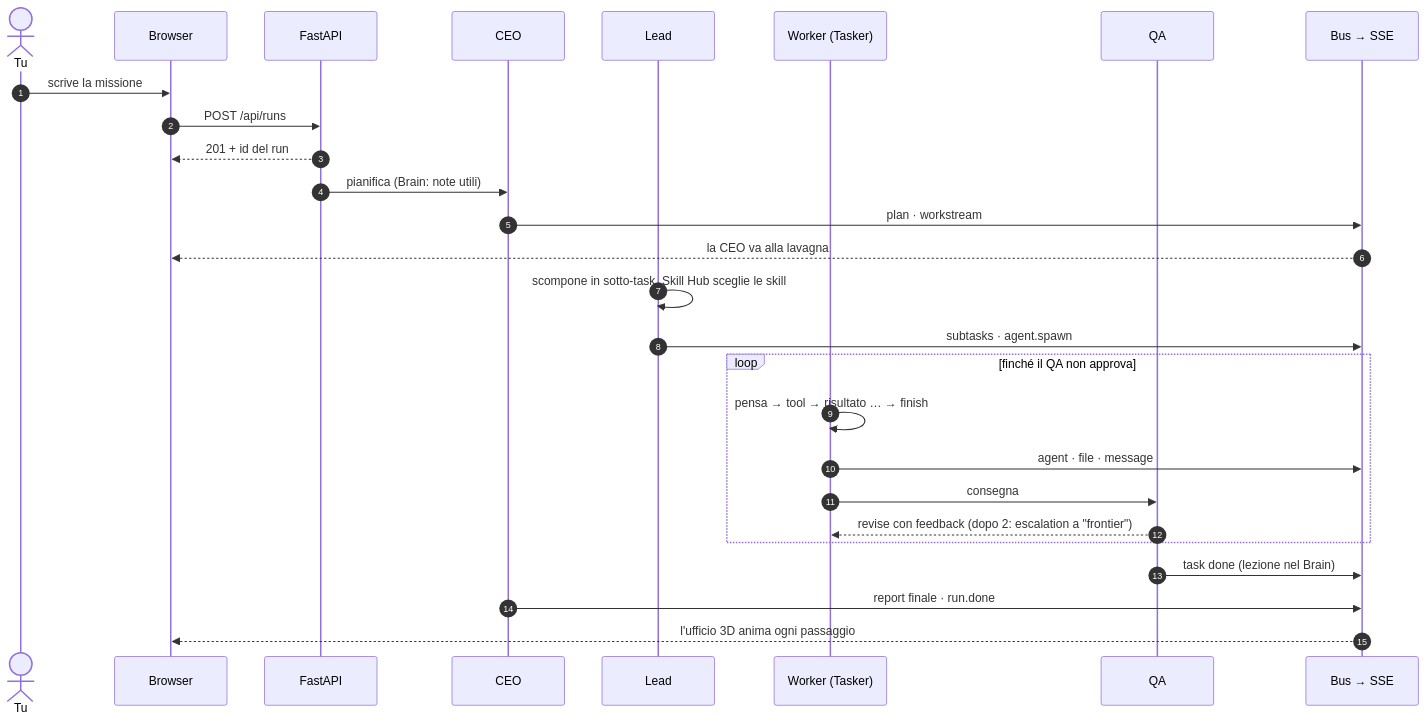
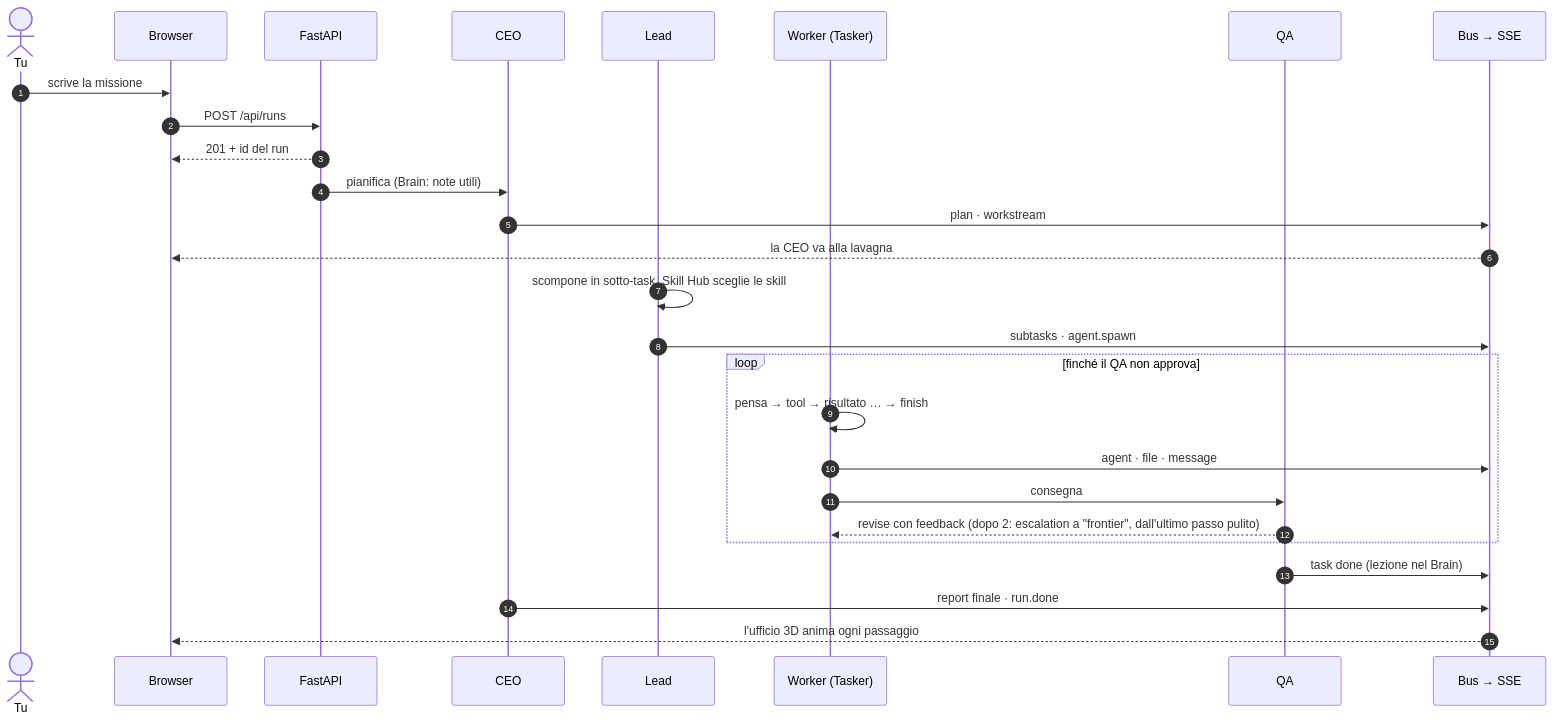
One commit to GiuseppeGiannelli-rgb/agent-world changed the second of 7 diagrams in README.md. Above: the diagram before and after it, drawn with Mermaid. The commit also changed other lines of this file and 11 other files, not shown here.

````diff
--- a/README.md
+++ b/README.md
@@ -147,30 +147,30 @@
 ```mermaid
 sequenceDiagram
     autonumber
     actor U as Tu
     participant B as Browser
     participant F as FastAPI
     participant C as CEO
     participant L as Lead
     participant W as Worker (Tasker)
     participant Q as QA
     participant E as Bus → SSE
 
     U->>B: scrive la missione
     B->>F: POST /api/runs
     F-->>B: 201 + id del run
     F->>C: pianifica (Brain: note utili)
     C->>E: plan · workstream
     E-->>B: la CEO va alla lavagna
     L->>L: scompone in sotto-task, Skill Hub sceglie le skill
     L->>E: subtasks · agent.spawn
     loop finché il QA non approva
         W->>W: pensa → tool → risultato … → finish
         W->>E: agent · file · message
         W->>Q: consegna
-        Q-->>W: revise con feedback (dopo 2: escalation a "frontier")
+        Q-->>W: revise con feedback (dopo 2: escalation a "frontier", dall'ultimo passo pulito)
     end
     Q->>E: task done (lezione nel Brain)
     C->>E: report finale · run.done
     E-->>B: l'ufficio 3D anima ogni passaggio
 ```
````
